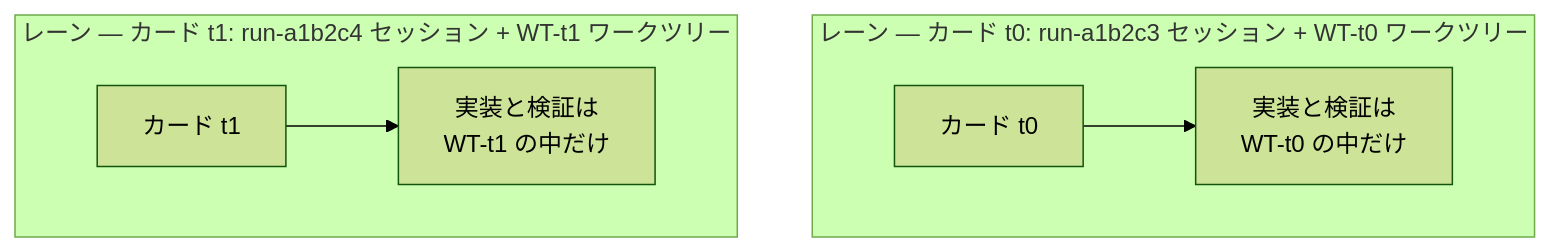
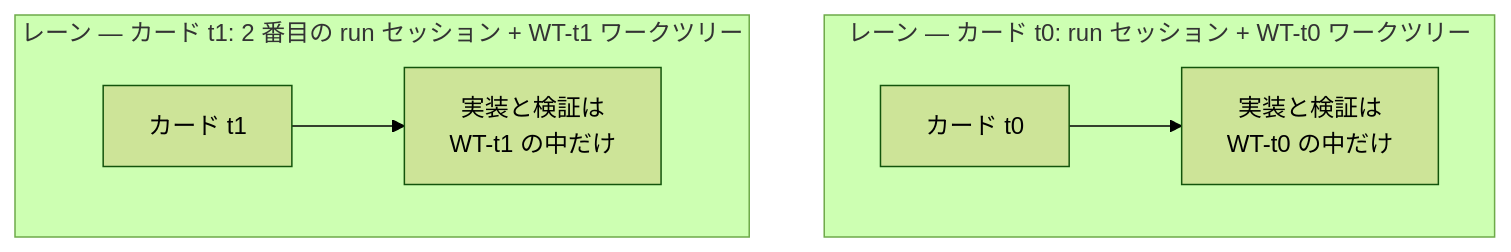
One commit to modu-ai/moai-adk changed the second of 2 diagrams in docs-site/content/ja/core-concepts/kanban-board-terms.md. Above: the diagram before and after it, drawn with Mermaid (forest theme). The commit also changed other lines of this file and 16 other files, not shown here.

````diff
--- a/docs-site/content/ja/core-concepts/kanban-board-terms.md
+++ b/docs-site/content/ja/core-concepts/kanban-board-terms.md
@@ -48,9 +47,9 @@
 ```mermaid
 flowchart TD
-    subgraph LaneA["レーン — カード t0: run-a1b2c3 セッション + WT-t0 ワークツリー"]
+    subgraph LaneA["レーン — カード t0: run セッション + WT-t0 ワークツリー"]
         A0["カード t0"] --> A1["実装と検証は<br/>WT-t0 の中だけ"]
     end
-    subgraph LaneB["レーン — カード t1: run-a1b2c4 セッション + WT-t1 ワークツリー"]
+    subgraph LaneB["レーン — カード t1: 2 番目の run セッション + WT-t1 ワークツリー"]
         B0["カード t1"] --> B1["実装と検証は<br/>WT-t1 の中だけ"]
     end
 ```
````
